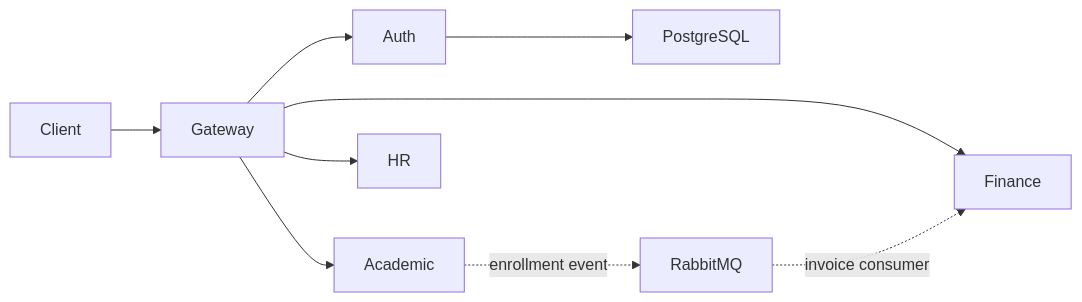
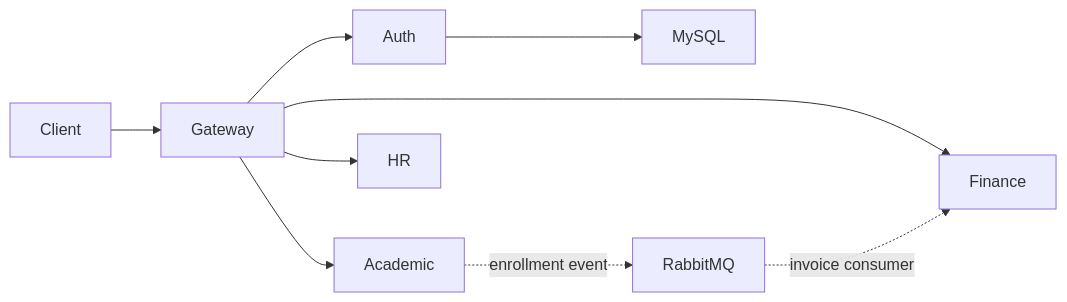
One commit to Vanbrown99/large-system changed the second of 3 diagrams in docs/UML.md. Above: the diagram before and after it, drawn with Mermaid. The commit also changed 8 other files, not shown here.

````diff
--- a/docs/UML.md
+++ b/docs/UML.md
@@ -21,11 +21,11 @@
 ```mermaid
 flowchart LR
   Client --> Gateway
   Gateway --> Auth
   Gateway --> Academic
   Gateway --> Finance
   Gateway --> HR
-  Auth --> PostgreSQL
+  Auth --> MySQL
   Academic -. enrollment event .-> RabbitMQ
   RabbitMQ -. invoice consumer .-> Finance
 ```
````
